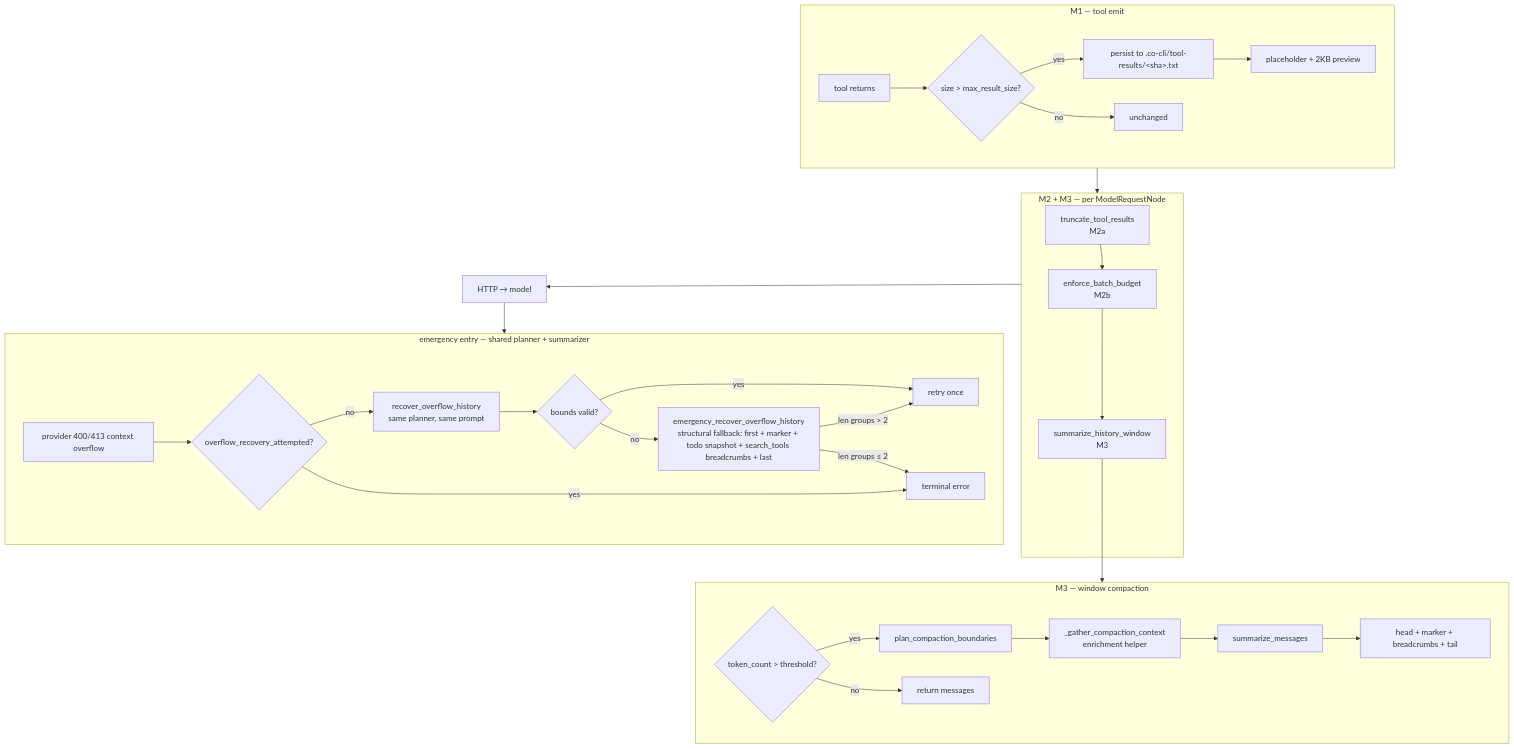
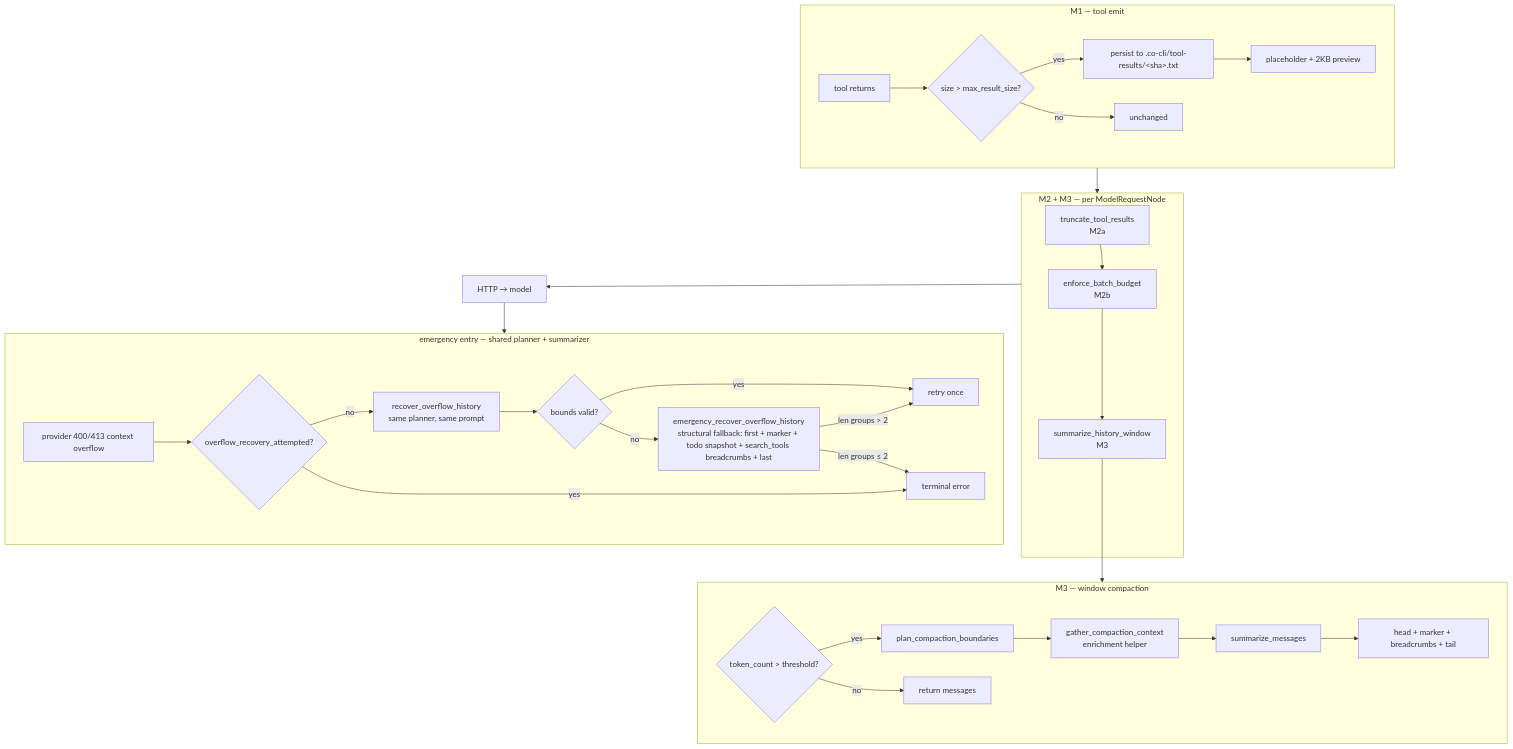
Before and after one commit to binlecode/co-cli: the first of 7 diagrams in docs/specs/compaction.md, drawn with Mermaid. The commit also changed other lines of this file and 27 other files, not shown here.

````diff
--- a/docs/specs/compaction.md
+++ b/docs/specs/compaction.md
@@ -59,48 +59,48 @@
 ```mermaid
 flowchart TD
     subgraph Emit["M1 — tool emit"]
         T[tool returns]
         T --> S{size &gt; max_result_size?}
         S -->|yes| P[persist to .co-cli/tool-results/&lt;sha&gt;.txt]
         P --> Ph[placeholder + 2KB preview]
         S -->|no| Pass[unchanged]
     end
 
     subgraph PerReq["M2 + M3 — per ModelRequestNode"]
         R1[truncate_tool_results<br/>M2a]
         R1b[enforce_batch_budget<br/>M2b]
         R5[summarize_history_window<br/>M3]
         R1 --> R1b --> R5
     end
 
     subgraph Window["M3 — window compaction"]
         T1{token_count &gt; threshold?}
         T2[plan_compaction_boundaries]
-        T3[_gather_compaction_context<br/>enrichment helper]
+        T3[gather_compaction_context<br/>enrichment helper]
         T4[summarize_messages]
         T5[head + marker + breadcrumbs + tail]
         T1 -->|yes| T2 --> T3 --> T4 --> T5
         T1 -->|no| Pass2[return messages]
     end
 
     subgraph Overflow["emergency entry — shared planner + summarizer"]
         O1[provider 400/413 context overflow]
         O2{overflow_recovery_attempted?}
         O3[recover_overflow_history<br/>same planner, same prompt]
         O3b{bounds valid?}
         O3c[emergency_recover_overflow_history<br/>structural fallback: first + marker + todo snapshot + search_tools breadcrumbs + last]
         O4[retry once]
         O1 --> O2
         O2 -->|no| O3 --> O3b
         O3b -->|yes| O4
         O3b -->|no| O3c
         O3c -->|len groups &gt; 2| O4
         O3c -->|len groups ≤ 2| O6[terminal error]
         O2 -->|yes| O6
     end
 
     Emit --> PerReq
     R5 --> Window
     PerReq --> HTTP[HTTP → model]
     HTTP --> Overflow
 ```
````
